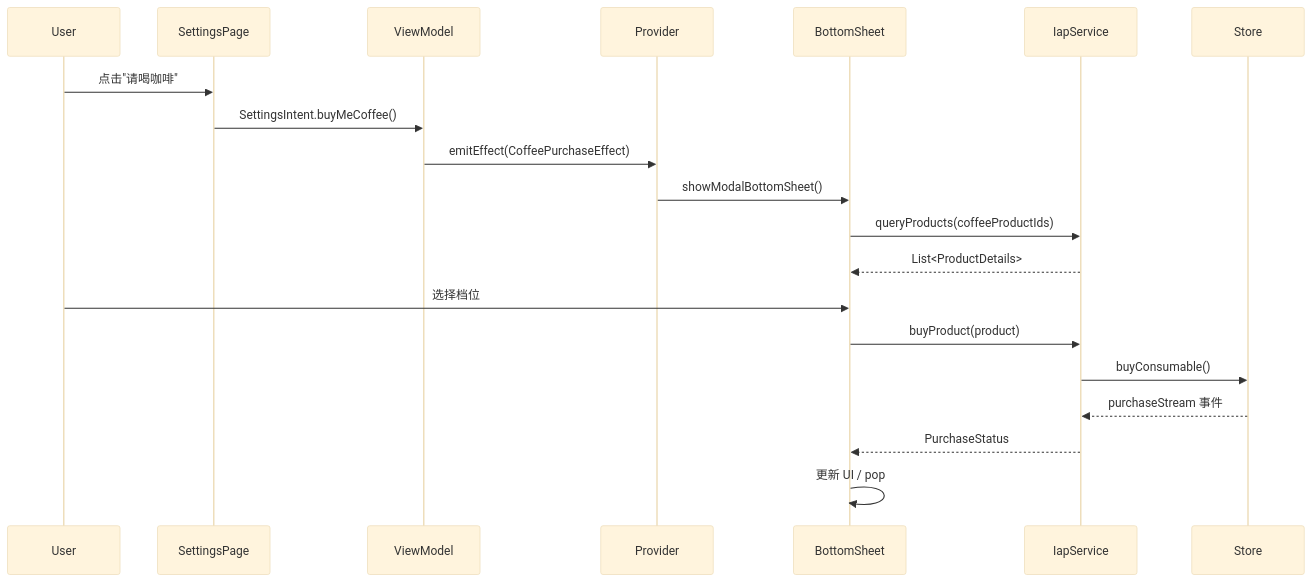
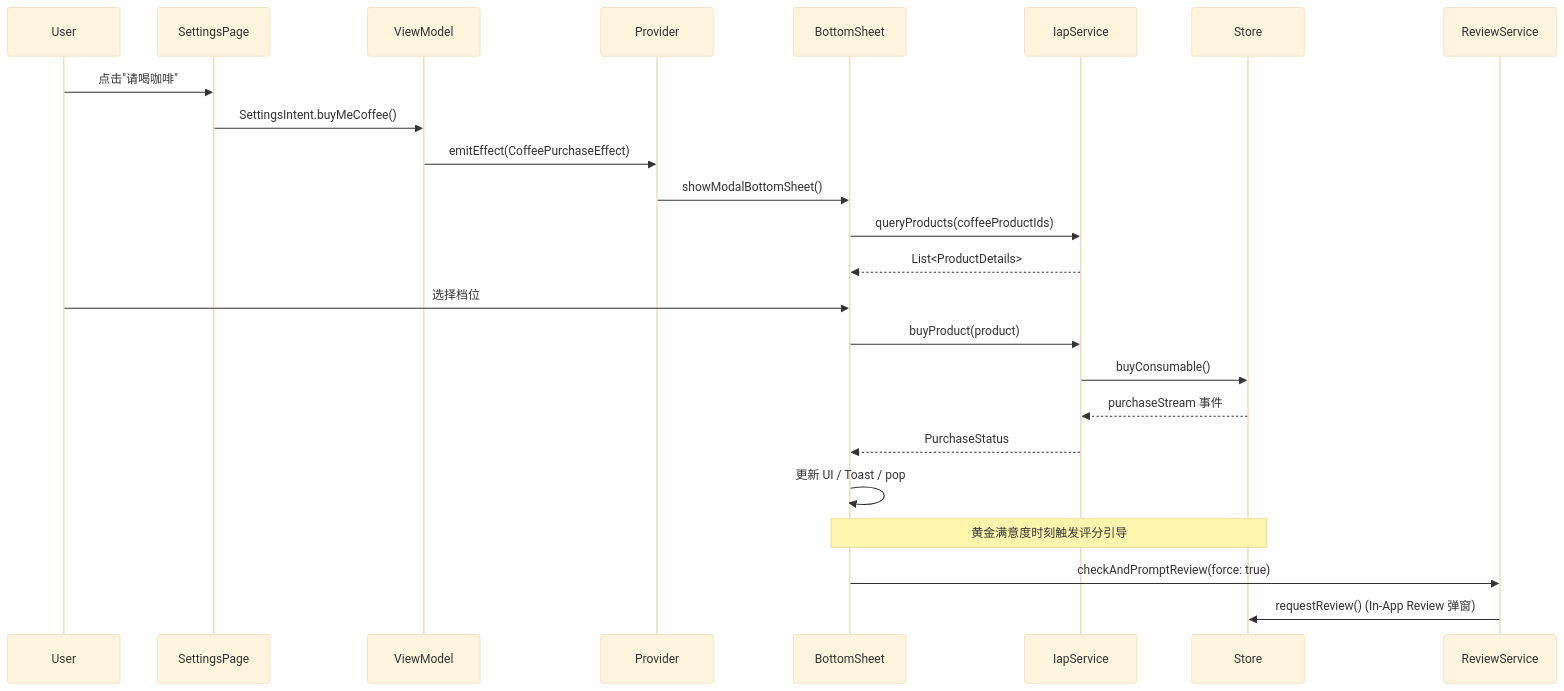
Before and after one commit to listen2code/ListenPortfolioFlutter: the second of 3 diagrams in docs/iap_implementation_design.md, drawn with Mermaid (base theme). The commit also changed other lines of this file and 10 other files, not shown here.

First line of the commit message:
Bump version to 1.0.45 and integrate in-app review service

````diff
--- a/docs/iap_implementation_design.md
+++ b/docs/iap_implementation_design.md
@@ -47,23 +47,26 @@
 ```mermaid
 sequenceDiagram
   participant User
   participant SettingsPage
   participant ViewModel
   participant Provider
   participant BottomSheet
   participant IapService
   participant Store
 
   User->>SettingsPage: 点击"请喝咖啡"
   SettingsPage->>ViewModel: SettingsIntent.buyMeCoffee()
   ViewModel->>Provider: emitEffect(CoffeePurchaseEffect)
   Provider->>BottomSheet: showModalBottomSheet()
   BottomSheet->>IapService: queryProducts(coffeeProductIds)
   IapService-->>BottomSheet: List<ProductDetails>
   User->>BottomSheet: 选择档位
   BottomSheet->>IapService: buyProduct(product)
   IapService->>Store: buyConsumable()
   Store-->>IapService: purchaseStream 事件
   IapService-->>BottomSheet: PurchaseStatus
-  BottomSheet->>BottomSheet: 更新 UI / pop
+  BottomSheet->>BottomSheet: 更新 UI / Toast / pop
+  Note over BottomSheet, Store: 黄金满意度时刻触发评分引导
+  BottomSheet->>ReviewService: checkAndPromptReview(force: true)
+  ReviewService->>Store: requestReview() (In-App Review 弹窗)
 ```
````
